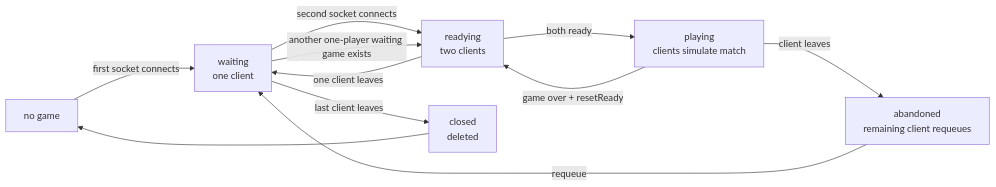
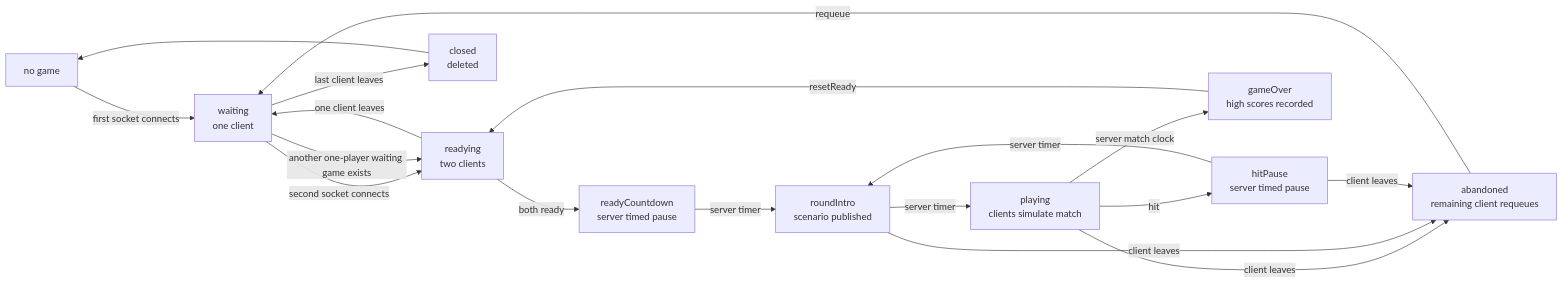
Before and after one commit to mkjems/gunfight: the second of 2 diagrams in documentation/Connection-state-model.md, drawn with Mermaid. The commit also changed other lines of this file and 25 other files, not shown here.

````diff
--- a/documentation/Connection-state-model.md
+++ b/documentation/Connection-state-model.md
@@ -53,13 +54,20 @@
 ```mermaid
 flowchart LR
     NoGame["no game"] -->|"first socket connects"| Waiting["waiting<br/>one client"]
     Waiting -->|"second socket connects"| Readying["readying<br/>two clients"]
-    Readying -->|"both ready"| Playing["playing<br/>clients simulate match"]
+    Readying -->|"both ready"| ReadyCountdown["readyCountdown<br/>server timed pause"]
+    ReadyCountdown -->|"server timer"| RoundIntro["roundIntro<br/>scenario published"]
+    RoundIntro -->|"server timer"| Playing["playing<br/>clients simulate match"]
+    Playing -->|"hit"| HitPause["hitPause<br/>server timed pause"]
+    HitPause -->|"server timer"| RoundIntro
+    Playing -->|"server match clock"| GameOver["gameOver<br/>high scores recorded"]
     Playing -->|"client leaves"| Abandoned["abandoned<br/>remaining client requeues"]
+    RoundIntro -->|"client leaves"| Abandoned
+    HitPause -->|"client leaves"| Abandoned
     Abandoned -->|"requeue"| Waiting
     Waiting -->|"last client leaves"| Closed["closed<br/>deleted"]
     Readying -->|"one client leaves"| Waiting
     Waiting -->|"another one-player waiting game exists"| Readying
-    Playing -->|"game over + resetReady"| Readying
+    GameOver -->|"resetReady"| Readying
     Closed --> NoGame
 ```
````
